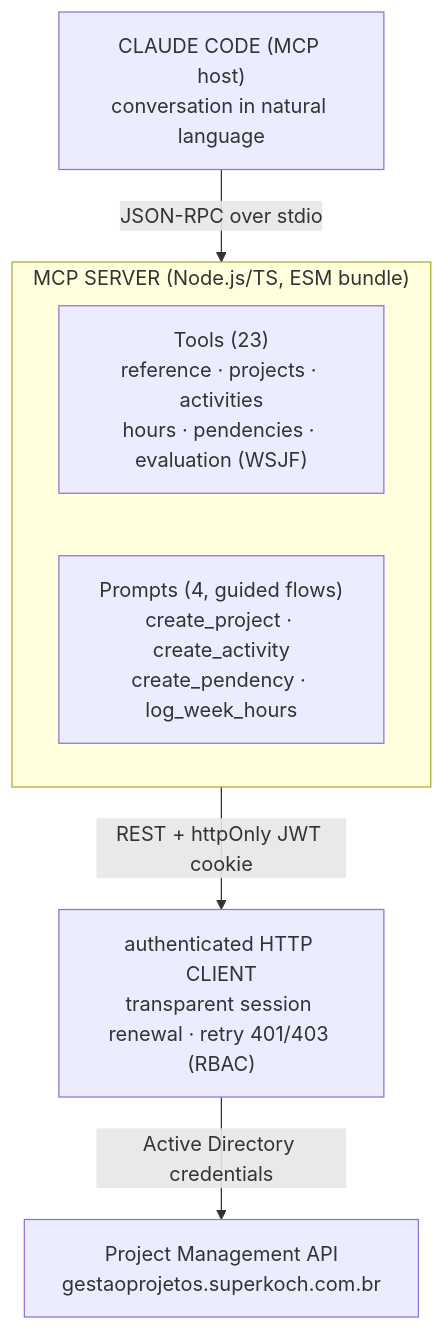
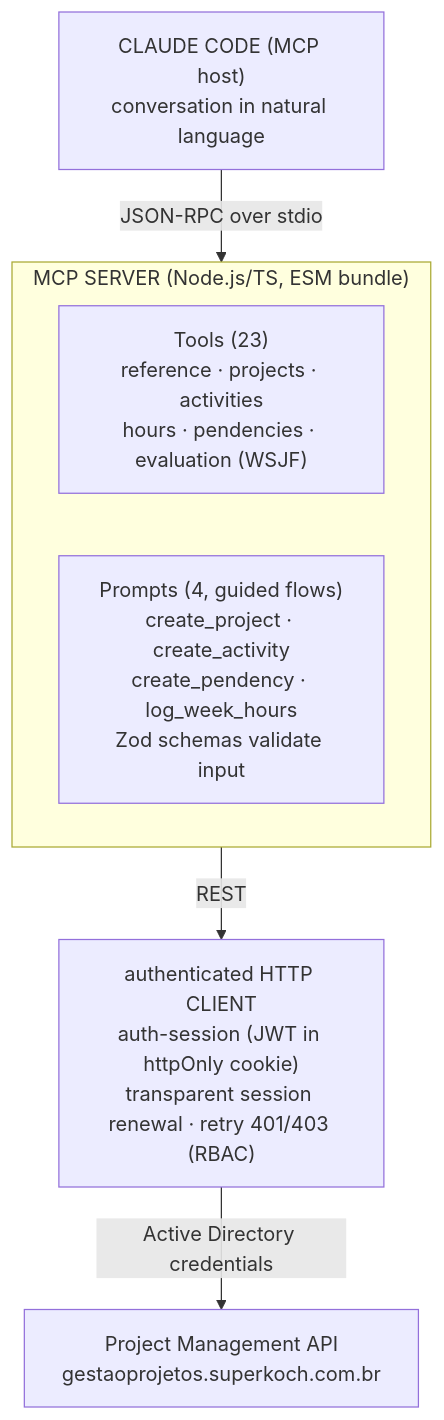
The diagram in public/posts/gestao-de-projetos-mcp.en.md (cristiangiehl1/my-website), drawn with Mermaid before and after one commit. The commit also changed 1 other file, not shown here.

Commit message:
docs(web): restore dropped Zod-validation and JWT-cookie detail in MCP diagram

````diff
--- a/public/posts/gestao-de-projetos-mcp.en.md
+++ b/public/posts/gestao-de-projetos-mcp.en.md
@@ -33,11 +33,11 @@
 ```mermaid
 flowchart TD
     A["CLAUDE CODE (MCP host)<br/>conversation in natural language"] -->|JSON-RPC over stdio| B
     subgraph B["MCP SERVER (Node.js/TS, ESM bundle)"]
         direction LR
         T["Tools (23)<br/>reference · projects · activities<br/>hours · pendencies · evaluation (WSJF)"]
-        P["Prompts (4, guided flows)<br/>create_project · create_activity<br/>create_pendency · log_week_hours"]
+        P["Prompts (4, guided flows)<br/>create_project · create_activity<br/>create_pendency · log_week_hours<br/>Zod schemas validate input"]
     end
-    B -->|REST + httpOnly JWT cookie| C["authenticated HTTP CLIENT<br/>transparent session renewal · retry 401/403 (RBAC)"]
+    B -->|REST| C["authenticated HTTP CLIENT<br/>auth-session (JWT in httpOnly cookie)<br/>transparent session renewal · retry 401/403 (RBAC)"]
     C -->|Active Directory credentials| D["Project Management API<br/>gestaoprojetos.superkoch.com.br"]
 ```
````
